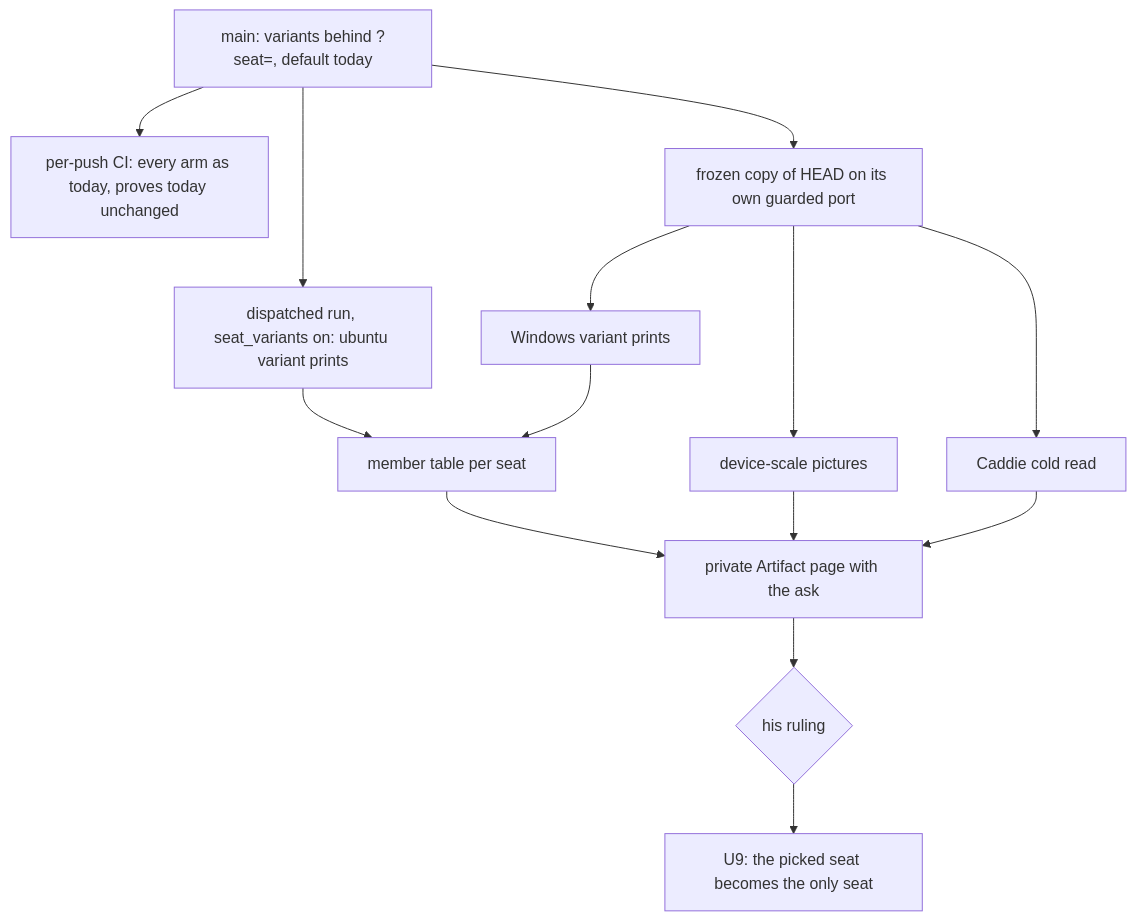
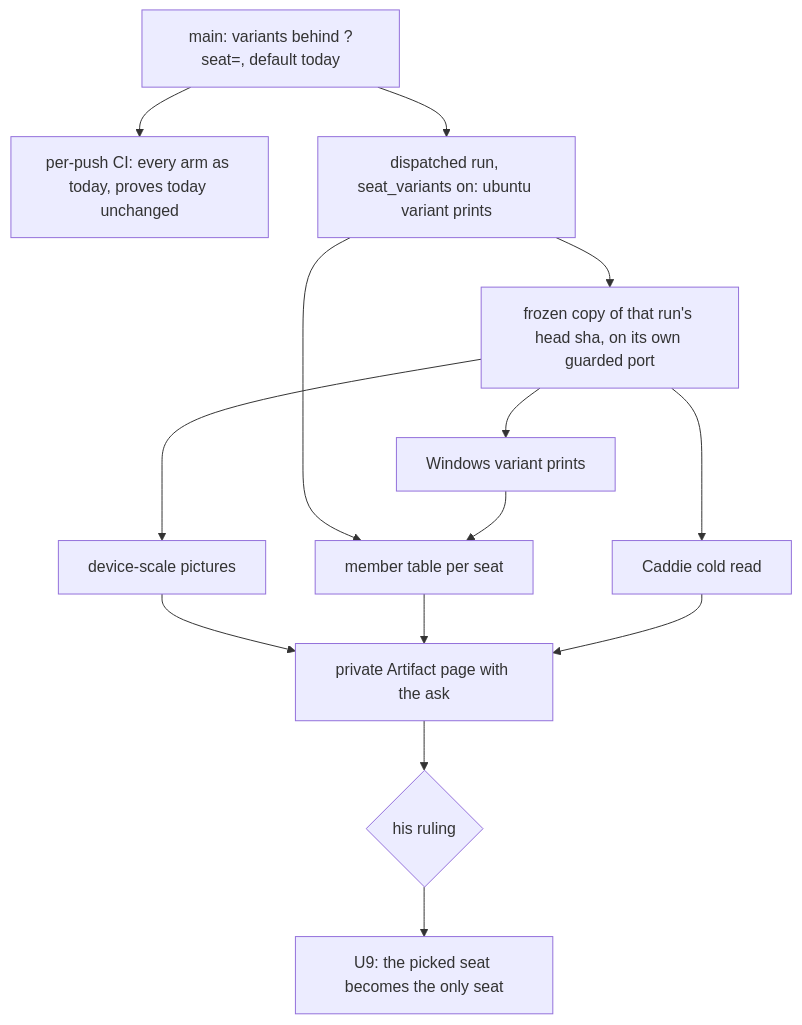
The fourth of 4 diagrams in projects/the-back-nine/docs/plans/features/record-card-seat-build-spec.md (mbriggsy/ai-learning-journey), drawn with Mermaid before and after one commit. The commit also changed other lines of this file, not shown here.

````diff
--- a/projects/the-back-nine/docs/plans/features/record-card-seat-build-spec.md
+++ b/projects/the-back-nine/docs/plans/features/record-card-seat-build-spec.md
@@ -202,16 +217,16 @@
 ```mermaid
 flowchart TB
   M[main: variants behind ?seat=, default today] --> P[per-push CI: every arm as today, proves today unchanged]
   M --> D[dispatched run, seat_variants on: ubuntu variant prints]
-  M --> F[frozen copy of HEAD on its own guarded port]
+  D --> F[frozen copy of that run's head sha, on its own guarded port]
   F --> W[Windows variant prints]
   F --> C[device-scale pictures]
   F --> K[Caddie cold read]
   D --> T[member table per seat]
   W --> T
   C --> A[private Artifact page with the ask]
   T --> A
   K --> A
   A --> R{his ruling}
   R --> U9[U9: the picked seat becomes the only seat]
 ```
````
